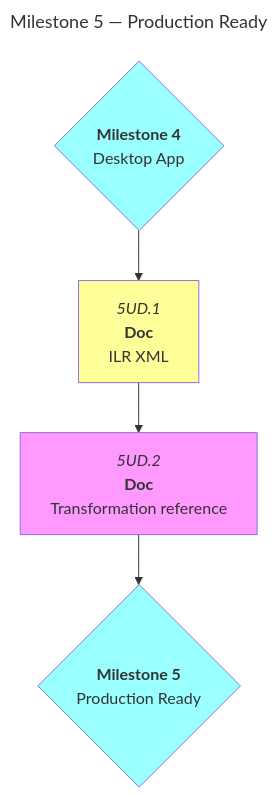
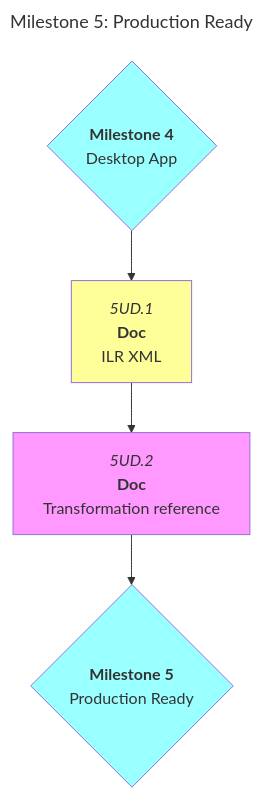
The fourth of 5 diagrams in docs/roadmaps/v0b-2602/redux-2_prod.md (foundersandcoders/iris), drawn with Mermaid before and after one commit. The commit also changed other lines of this file and 70 other files, not shown here.

````diff
--- a/docs/roadmaps/v0b-2602/redux-2_prod.md
+++ b/docs/roadmaps/v0b-2602/redux-2_prod.md
@@ -138,17 +138,17 @@
 ```mermaid
 ---
-title: Milestone 5 — Production Ready
+title: "Milestone 5: Production Ready"
 ---
 graph TD
 
 m4{"`**Milestone 4**<br/>Desktop App`"}:::mile --> 5UD.1
 
 5UD.1["`*5UD.1*<br/>**Doc**<br/>ILR XML`"]:::open --> 5UD.2
 5UD.2["`*5UD.2*<br/>**Doc**<br/>Transformation reference`"]:::blocked --> m5
 
 m5{"`**Milestone 5**<br/>Production Ready`"}:::mile
 
 classDef open fill:#ff9;
 classDef blocked fill:#f9f;
 classDef mile fill:#9ff;
 ```
````
